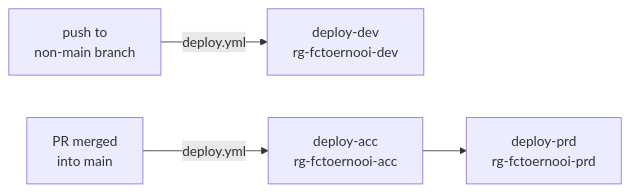
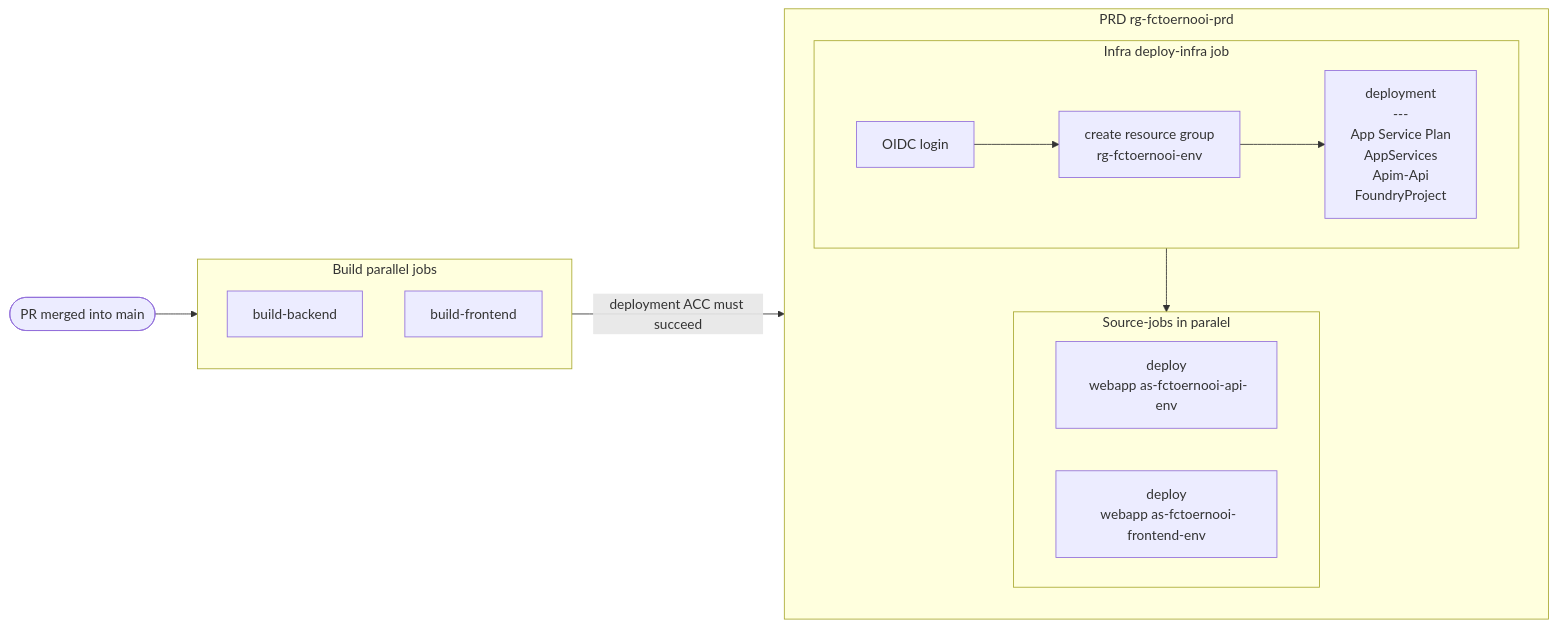
One commit to thepercival/fctoernooi-llm changed the first of 3 diagrams in readme.md. Above: the diagram before and after it, drawn with Mermaid. The commit also changed other lines of this file and 34 other files, not shown here.

````diff
--- a/readme.md
+++ b/readme.md
@@ -7,6 +11,27 @@
 ```mermaid
 flowchart LR
-    A[push to\nnon-main branch] -->|deploy.yml| B[deploy-dev\nrg-fctoernooi-dev]
-    C[PR merged\ninto main] -->|deploy.yml| D[deploy-acc\nrg-fctoernooi-acc]
-    D --> E[deploy-prd\nrg-fctoernooi-prd]
+    push([PR merged into main])
+
+    subgraph BUILD["Build  parallel jobs"]
+        direction TB
+        bb["build-backend"]
+        bf["build-frontend"]
+    end
+
+    push --> BUILD
+    
+    subgraph PRD["PRD rg-fctoernooi-prd"]
+        direction TB
+        subgraph DEV_INFRA["Infra  deploy-infra job"]
+            di1[OIDC login] --> di2[create resource group\nrg-fctoernooi-env]
+            di2 --> di3["deployment\n---\nApp Service Plan\nAppServices \nApim-Api\nFoundryProject"]
+        end
+        subgraph DEV_SRC["Source-jobs in paralel"]
+            ds1["deploy\n webapp as-fctoernooi-api-env"]
+            ds2["deploy\n webapp as-fctoernooi-frontend-env"]
+        end
+        DEV_INFRA --> DEV_SRC
+    end
+
+    BUILD -- deployment ACC must succeed --> PRD
 ```
````
